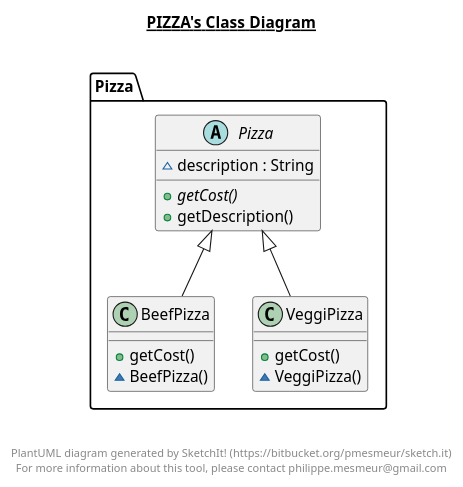
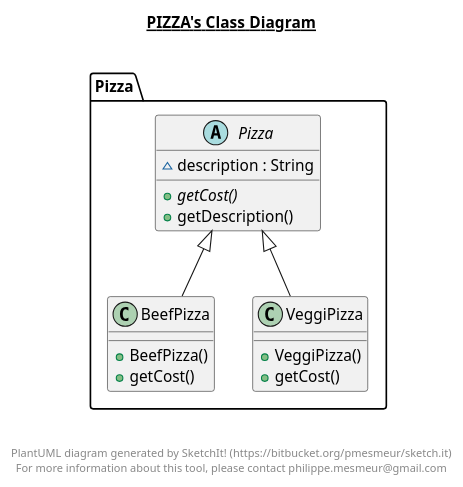
One commit to zarif98sjs/CSE-308-Software-Engineering changed the diagram in Offline 3/Problem 2/out/production/Problem 2/Pizza/Pizza.plantuml. Above: the diagram before and after it, drawn with PlantUML. The commit also changed 16 other files, not shown here.

```diff
--- a/Offline 3/Problem 2/out/production/Problem 2/Pizza/Pizza.plantuml
+++ b/Offline 3/Problem 2/out/production/Problem 2/Pizza/Pizza.plantuml
@@ -1,41 +1,41 @@
 @startuml
 
 title __PIZZA's Class Diagram__\n
 
   namespace Pizza {
     class Pizza.BeefPizza {
+        + BeefPizza()
         + getCost()
-        ~ BeefPizza()
     }
   }
   
 
   namespace Pizza {
     abstract class Pizza.Pizza {
         ~ description : String
         {abstract} + getCost()
         + getDescription()
     }
   }
   
 
   namespace Pizza {
     class Pizza.VeggiPizza {
+        + VeggiPizza()
         + getCost()
-        ~ VeggiPizza()
     }
   }
   
 
   Pizza.BeefPizza -up-|> Pizza.Pizza
   Pizza.VeggiPizza -up-|> Pizza.Pizza
 
 
 right footer
 
 
 PlantUML diagram generated by SketchIt! (https://bitbucket.org/pmesmeur/sketch.it)
 For more information about this tool, please contact philippe.mesmeur@gmail.com
 endfooter
 
 @enduml
```
